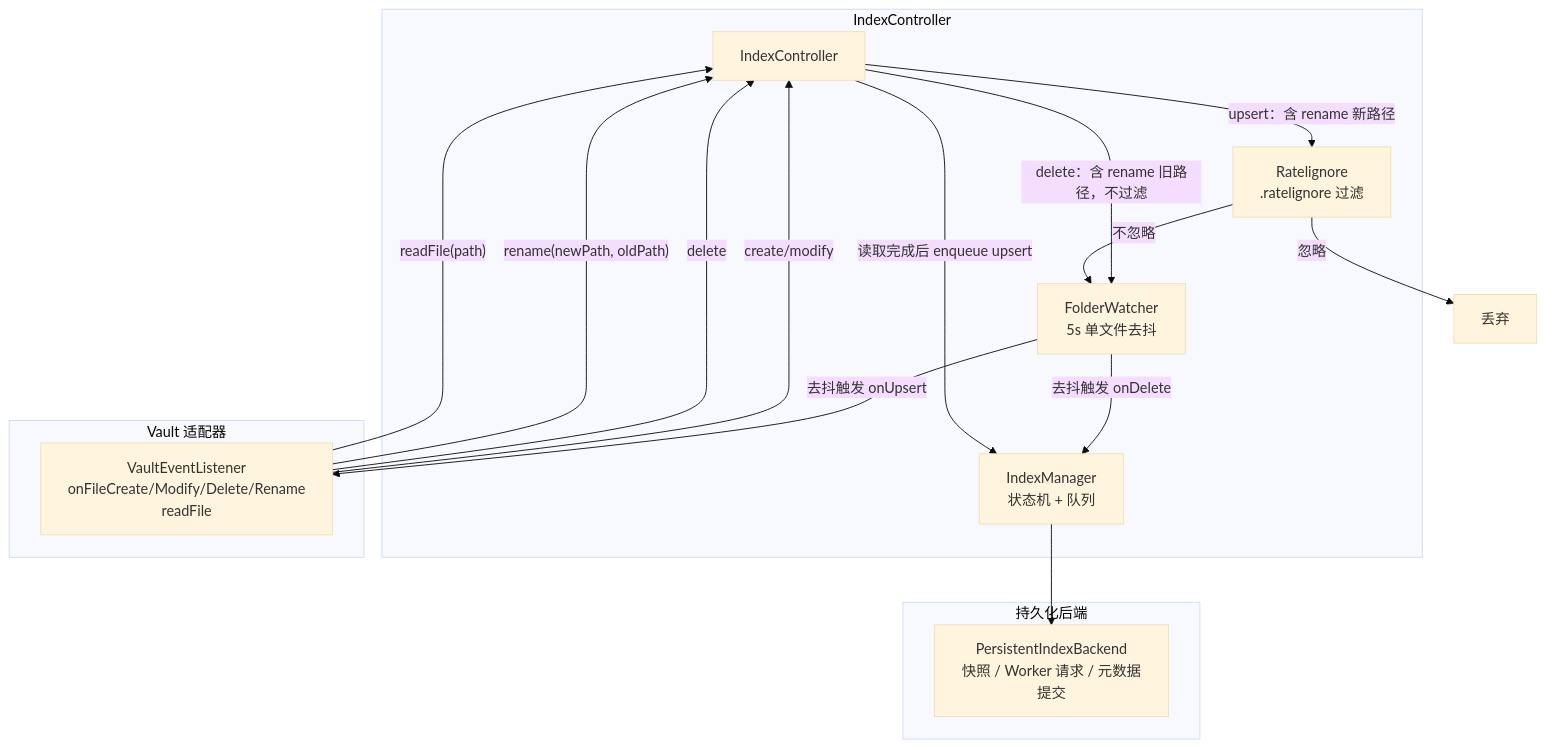
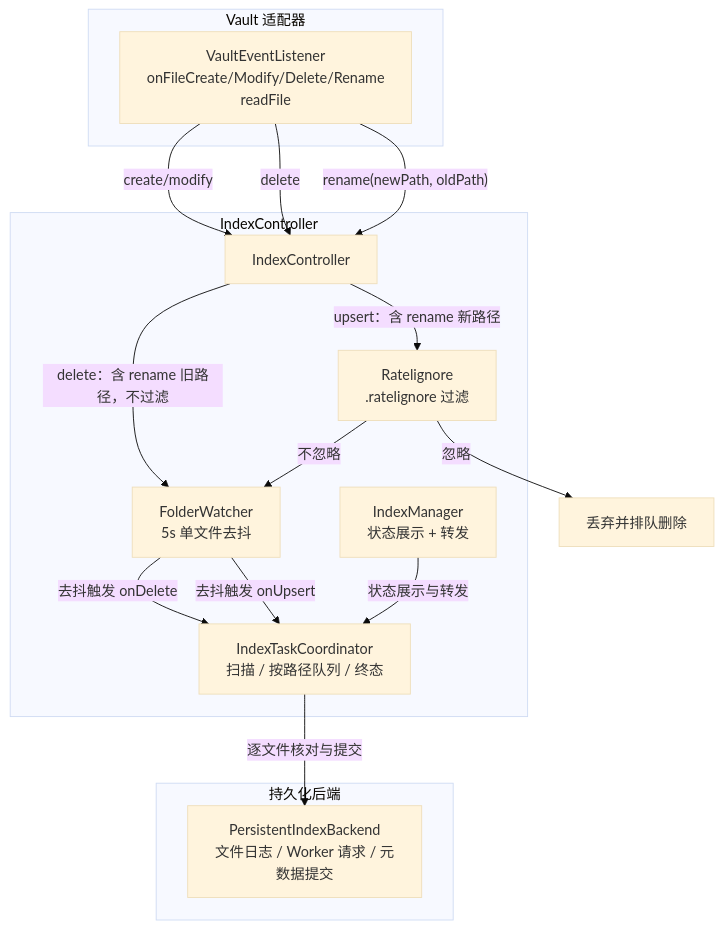
Before and after one commit to golddream-y/obsidian-ratel: the first of 4 diagrams in docs/architecture/host/index-controller.md, drawn with Mermaid (base theme). The commit also changed other lines of this file and 26 other files, not shown here.

````diff
--- a/docs/architecture/host/index-controller.md
+++ b/docs/architecture/host/index-controller.md
@@ -53,30 +77,30 @@
 ```mermaid
 graph TB
     subgraph "IndexController"
         IC["IndexController"]
-        IM["IndexManager<br/>状态机 + 队列"]
+        IM["IndexManager<br/>状态展示 + 转发"]
+        TC["IndexTaskCoordinator<br/>扫描 / 按路径队列 / 终态"]
         FW["FolderWatcher<br/>5s 单文件去抖"]
         RI["Ratelignore<br/>.ratelignore 过滤"]
     end
 
     subgraph "Vault 适配器"
         V["VaultEventListener<br/>onFileCreate/Modify/Delete/Rename<br/>readFile"]
     end
 
     subgraph "持久化后端"
-        WP["PersistentIndexBackend<br/>快照 / Worker 请求 / 元数据提交"]
+        WP["PersistentIndexBackend<br/>文件日志 / Worker 请求 / 元数据提交"]
     end
 
     V -->|"create/modify"| IC
     V -->|"delete"| IC
     V -->|"rename(newPath, oldPath)"| IC
     IC -->|"upsert：含 rename 新路径"| RI
     IC -->|"delete：含 rename 旧路径，不过滤"| FW
     RI -->|"不忽略"| FW
-    RI -->|"忽略"| DROP["丢弃"]
-    FW -->|"去抖触发 onDelete"| IM
-    FW -->|"去抖触发 onUpsert"| V
-    V -->|"readFile(path)"| IC
-    IC -->|"读取完成后 enqueue upsert"| IM
-    IM --> WP
+    RI -->|"忽略"| DROP["丢弃并排队删除"]
+    FW -->|"去抖触发 onDelete"| TC
+    FW -->|"去抖触发 onUpsert"| TC
+    TC -->|"逐文件核对与提交"| WP
+    IM -->|"状态展示与转发"| TC
 ```
````
